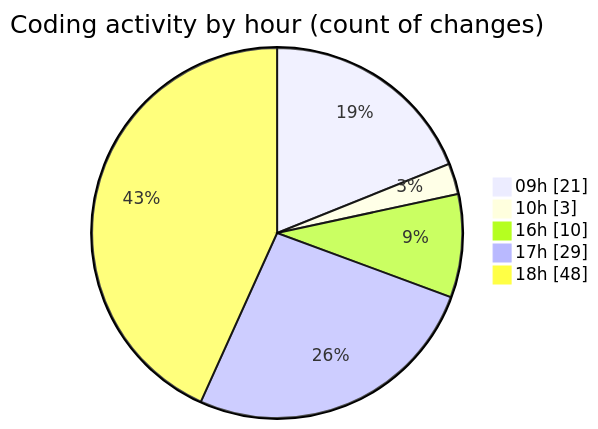
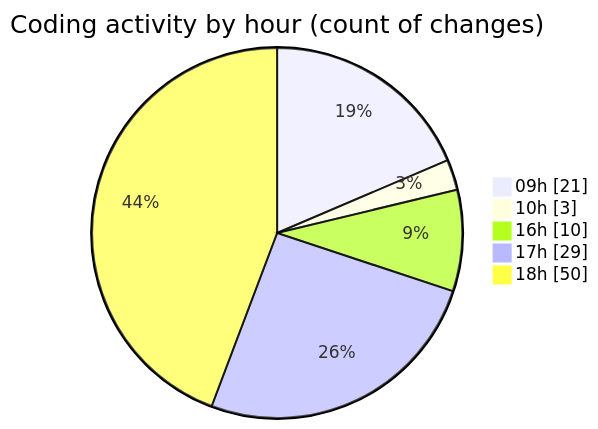
One commit to momahboobian/code-tracking changed the second of 2 diagrams in 2025-12-17/cda/README.md. Above: the diagram before and after it, drawn with Mermaid. The commit also changed other lines of this file and 1 other file, not shown here.

````diff
--- a/2025-12-17/cda/README.md
+++ b/2025-12-17/cda/README.md
@@ -63,9 +63,9 @@
 ```mermaid
 pie showData
 title Coding activity by hour (count of changes)
 "09h" : 21
 "10h" : 3
 "16h" : 10
 "17h" : 29
-"18h" : 48
+"18h" : 50
 ```
````
